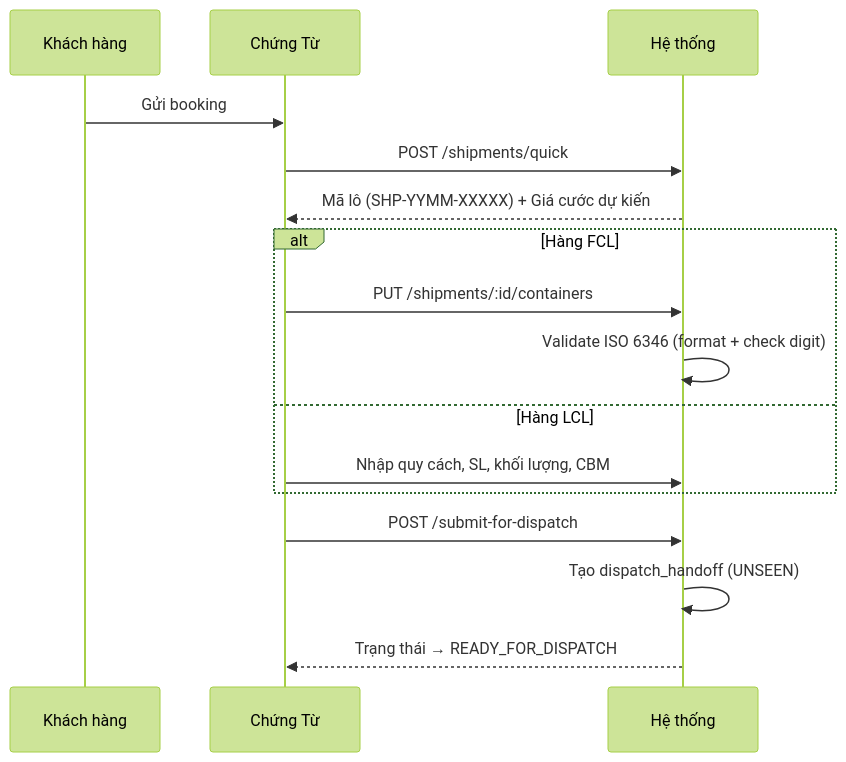
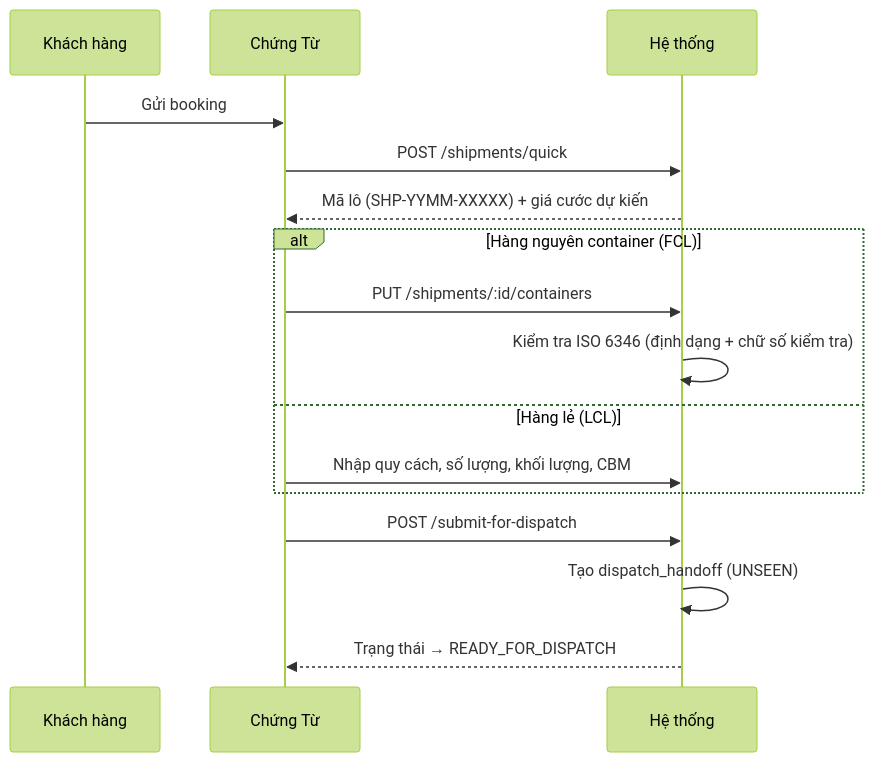
The third of 7 diagrams in docs/prd/quy-trinh-cus-dieuvan-laixe.md (4rankng/silversea), drawn with Mermaid (forest theme) before and after one commit. The commit also changed other lines of this file, not shown here.

````diff
--- a/docs/prd/quy-trinh-cus-dieuvan-laixe.md
+++ b/docs/prd/quy-trinh-cus-dieuvan-laixe.md
@@ -89,21 +93,21 @@
 ```mermaid
 sequenceDiagram
     participant KH as Khách hàng
     participant CUS as Chứng Từ
     participant SYS as Hệ thống
 
     KH->>CUS: Gửi booking
     CUS->>SYS: POST /shipments/quick
-    SYS-->>CUS: Mã lô (SHP-YYMM-XXXXX) + Giá cước dự kiến
+    SYS-->>CUS: Mã lô (SHP-YYMM-XXXXX) + giá cước dự kiến
 
-    alt Hàng FCL
+    alt Hàng nguyên container (FCL)
         CUS->>SYS: PUT /shipments/:id/containers
-        SYS->>SYS: Validate ISO 6346 (format + check digit)
-    else Hàng LCL
-        CUS->>SYS: Nhập quy cách, SL, khối lượng, CBM
+        SYS->>SYS: Kiểm tra ISO 6346 (định dạng + chữ số kiểm tra)
+    else Hàng lẻ (LCL)
+        CUS->>SYS: Nhập quy cách, số lượng, khối lượng, CBM
     end
 
     CUS->>SYS: POST /submit-for-dispatch
     SYS->>SYS: Tạo dispatch_handoff (UNSEEN)
     SYS-->>CUS: Trạng thái → READY_FOR_DISPATCH
 ```
````
